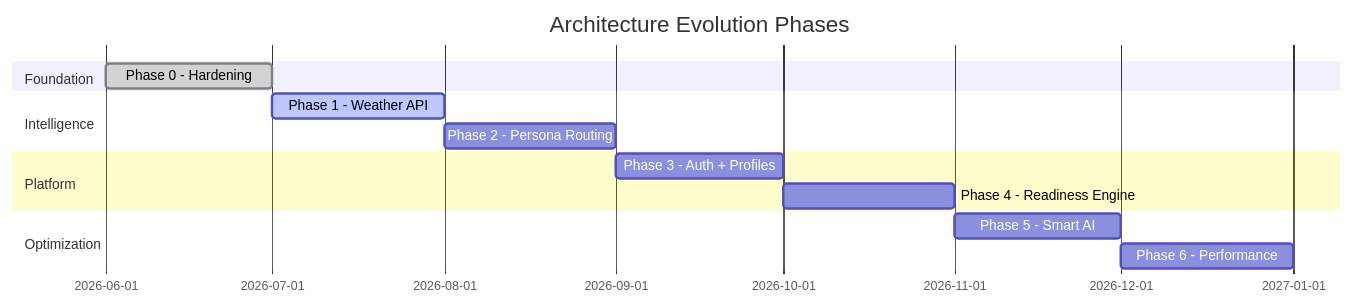
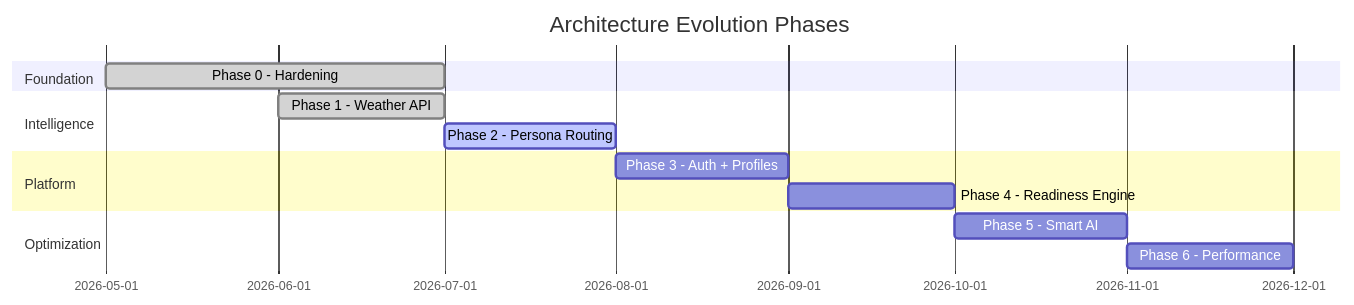
Before and after one commit to Oweeboi011/Fit-Ready-IQ: diagram 14 of 17 in docs/wiki/ARCHITECTURE.md, drawn with Mermaid. The commit also changed other lines of this file and 17 other files, not shown here.

First line of the commit message:
ci: simplify to trunk-based flow and fix review bugs

````diff
--- a/docs/wiki/ARCHITECTURE.md
+++ b/docs/wiki/ARCHITECTURE.md
@@ -480,16 +533,16 @@
 ```mermaid
 gantt
     title Architecture Evolution Phases
     dateFormat YYYY-MM
     section Foundation
-        Phase 0 - Hardening        :done, p0, 2026-06, 2026-07
+        Phase 0 - Hardening        :done, p0, 2026-05, 2026-07
     section Intelligence
-        Phase 1 - Weather API      :active, p1, 2026-07, 2026-08
-        Phase 2 - Persona Routing  :p2, 2026-08, 2026-09
+        Phase 1 - Weather API      :done, p1, 2026-06, 2026-07
+        Phase 2 - Persona Routing  :active, p2, 2026-07, 2026-08
     section Platform
-        Phase 3 - Auth + Profiles  :p3, 2026-09, 2026-10
-        Phase 4 - Readiness Engine :p4, 2026-10, 2026-11
+        Phase 3 - Auth + Profiles  :p3, 2026-08, 2026-09
+        Phase 4 - Readiness Engine :p4, 2026-09, 2026-10
     section Optimization
-        Phase 5 - Smart AI         :p5, 2026-11, 2026-12
-        Phase 6 - Performance      :p6, 2026-12, 2027-01
+        Phase 5 - Smart AI         :p5, 2026-10, 2026-11
+        Phase 6 - Performance      :p6, 2026-11, 2026-12
 ```
````
